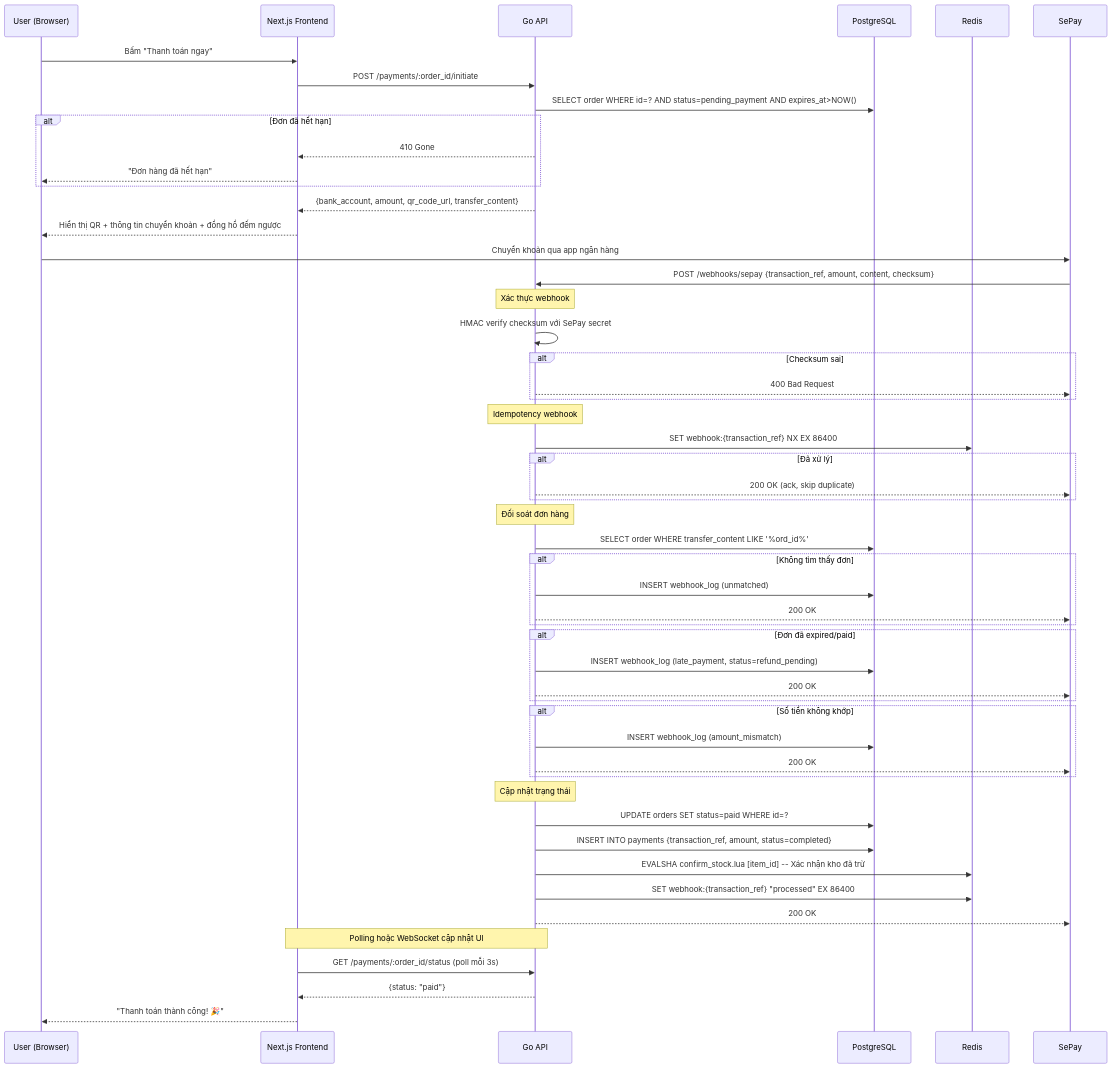
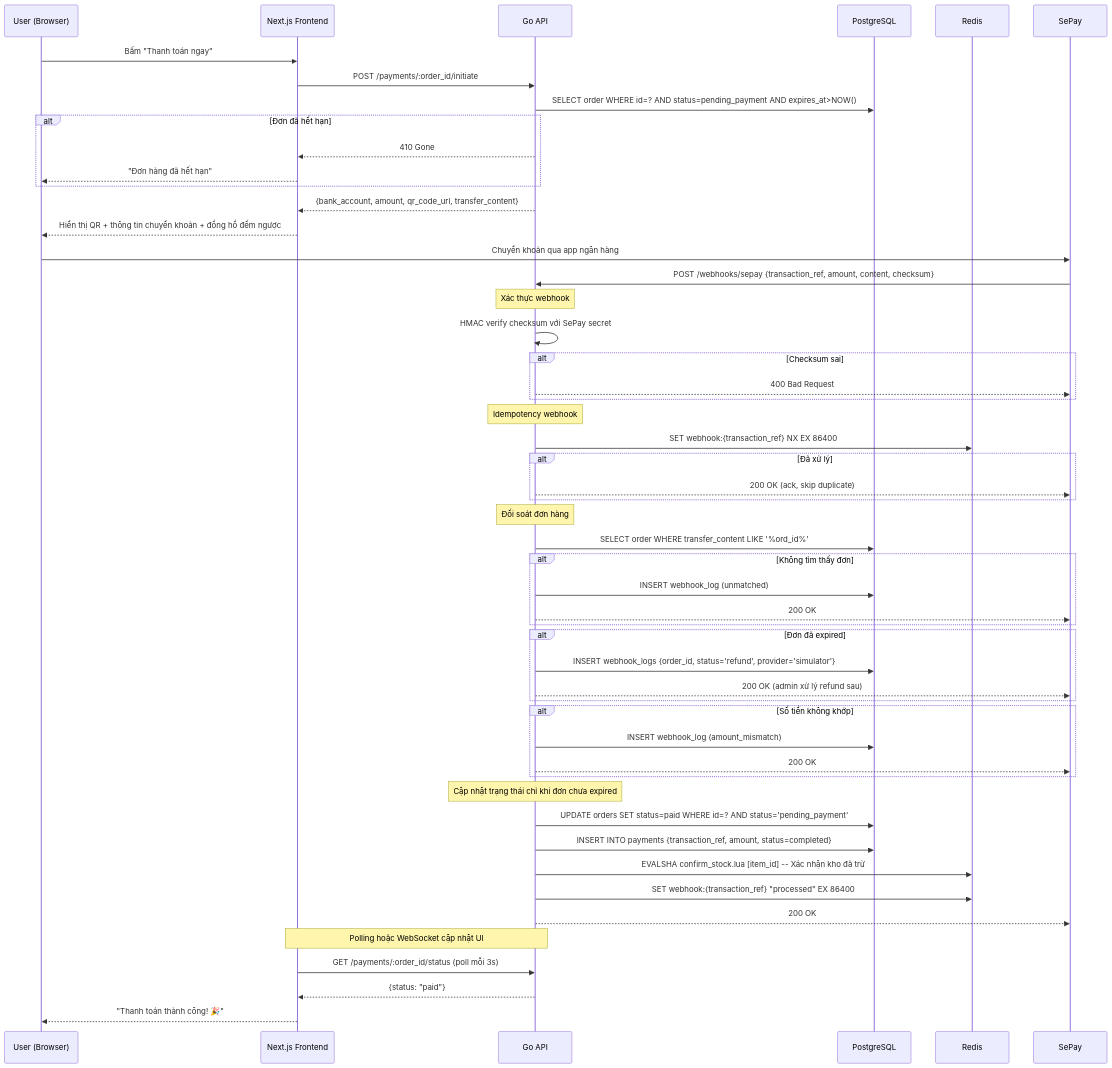
The third of 8 diagrams in docs/design/03-api-and-data-flow.md (TriNgoc2077/ApexStock), drawn with Mermaid before and after one commit. The commit also changed 26 other files, not shown here.

````diff
--- a/docs/design/03-api-and-data-flow.md
+++ b/docs/design/03-api-and-data-flow.md
@@ -308,61 +308,61 @@
 ```mermaid
 sequenceDiagram
     participant U as User (Browser)
     participant FE as Next.js Frontend
     participant API as Go API
     participant DB as PostgreSQL
     participant RC as Redis
     participant SP as SePay
 
     U->>FE: Bấm "Thanh toán ngay"
     FE->>API: POST /payments/:order_id/initiate
     API->>DB: SELECT order WHERE id=? AND status=pending_payment AND expires_at>NOW()
     alt Đơn đã hết hạn
         API-->>FE: 410 Gone
         FE-->>U: "Đơn hàng đã hết hạn"
     end
     API-->>FE: {bank_account, amount, qr_code_url, transfer_content}
     FE-->>U: Hiển thị QR + thông tin chuyển khoản + đồng hồ đếm ngược
 
     U->>SP: Chuyển khoản qua app ngân hàng
     SP->>API: POST /webhooks/sepay {transaction_ref, amount, content, checksum}
 
     Note over API: Xác thực webhook
     API->>API: HMAC verify checksum với SePay secret
     alt Checksum sai
         API-->>SP: 400 Bad Request
     end
 
     Note over API: Idempotency webhook
     API->>RC: SET webhook:{transaction_ref} NX EX 86400
     alt Đã xử lý
         API-->>SP: 200 OK (ack, skip duplicate)
     end
 
     Note over API: Đối soát đơn hàng
     API->>DB: SELECT order WHERE transfer_content LIKE '%ord_id%'
     alt Không tìm thấy đơn
         API->>DB: INSERT webhook_log (unmatched)
         API-->>SP: 200 OK
     end
-    alt Đơn đã expired/paid
-        API->>DB: INSERT webhook_log (late_payment, status=refund_pending)
-        API-->>SP: 200 OK
+    alt Đơn đã expired
+        API->>DB: INSERT webhook_logs {order_id, status='refund', provider='simulator'}
+        API-->>SP: 200 OK (admin xử lý refund sau)
     end
     alt Số tiền không khớp
         API->>DB: INSERT webhook_log (amount_mismatch)
         API-->>SP: 200 OK
     end
 
-    Note over API: Cập nhật trạng thái
-    API->>DB: UPDATE orders SET status=paid WHERE id=?
+    Note over API: Cập nhật trạng thái chỉ khi đơn chưa expired
+    API->>DB: UPDATE orders SET status=paid WHERE id=? AND status='pending_payment'
     API->>DB: INSERT INTO payments {transaction_ref, amount, status=completed}
     API->>RC: EVALSHA confirm_stock.lua [item_id] -- Xác nhận kho đã trừ
     API->>RC: SET webhook:{transaction_ref} "processed" EX 86400
     API-->>SP: 200 OK
 
     Note over FE,API: Polling hoặc WebSocket cập nhật UI
     FE->>API: GET /payments/:order_id/status (poll mỗi 3s)
     API-->>FE: {status: "paid"}
     FE-->>U: "Thanh toán thành công! 🎉"
 ```
````
